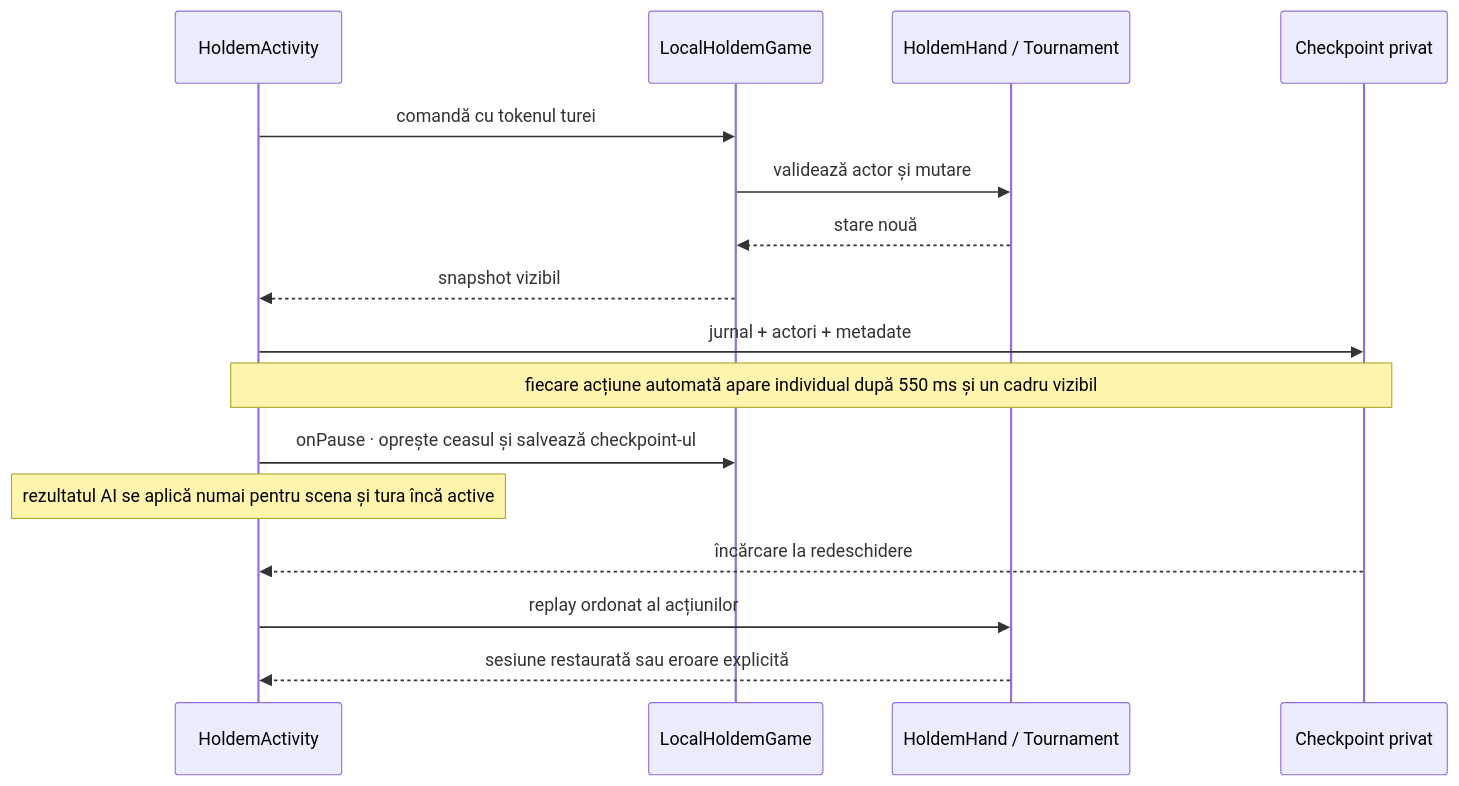
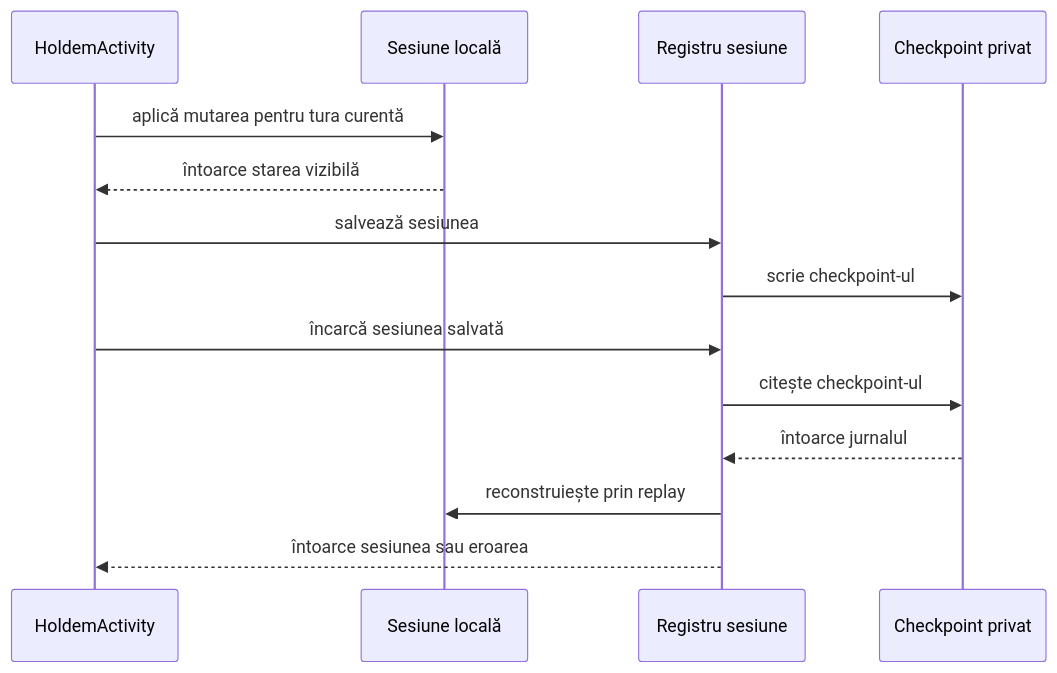
The second of 3 diagrams in docs/architecture/ARCHITECTURE.md (crististefanita/atf_j6), drawn with Mermaid before and after one commit. The commit also changed other lines of this file and 12 other files, not shown here.

Commit message:
Guide Holdem players from download to their first hand

````diff
--- a/docs/architecture/ARCHITECTURE.md
+++ b/docs/architecture/ARCHITECTURE.md
@@ -51,18 +55,16 @@
 ```mermaid
 sequenceDiagram
     participant UI as HoldemActivity
-    participant Session as LocalHoldemGame
-    participant Engine as HoldemHand / Tournament
+    participant Game as Sesiune locală
+    participant Repo as Registru sesiune
     participant Store as Checkpoint privat
-    UI->>Session: comandă cu tokenul turei
-    Session->>Engine: validează actor și mutare
-    Engine-->>Session: stare nouă
-    Session-->>UI: snapshot vizibil
-    UI->>Store: jurnal + actori + metadate
-    Note over UI,Store: fiecare acțiune automată apare individual după 550 ms și un cadru vizibil
-    UI->>Session: onPause · oprește ceasul și salvează checkpoint-ul
-    Note over UI: rezultatul AI se aplică numai pentru scena și tura încă active
-    Store-->>UI: încărcare la redeschidere
-    UI->>Engine: replay ordonat al acțiunilor
-    Engine-->>UI: sesiune restaurată sau eroare explicită
+    UI->>Game: aplică mutarea pentru tura curentă
+    Game-->>UI: întoarce starea vizibilă
+    UI->>Repo: salvează sesiunea
+    Repo->>Store: scrie checkpoint-ul
+    UI->>Repo: încarcă sesiunea salvată
+    Repo->>Store: citește checkpoint-ul
+    Store-->>Repo: întoarce jurnalul
+    Repo->>Game: reconstruiește prin replay
+    Repo-->>UI: întoarce sesiunea sau eroarea
 ```
````
